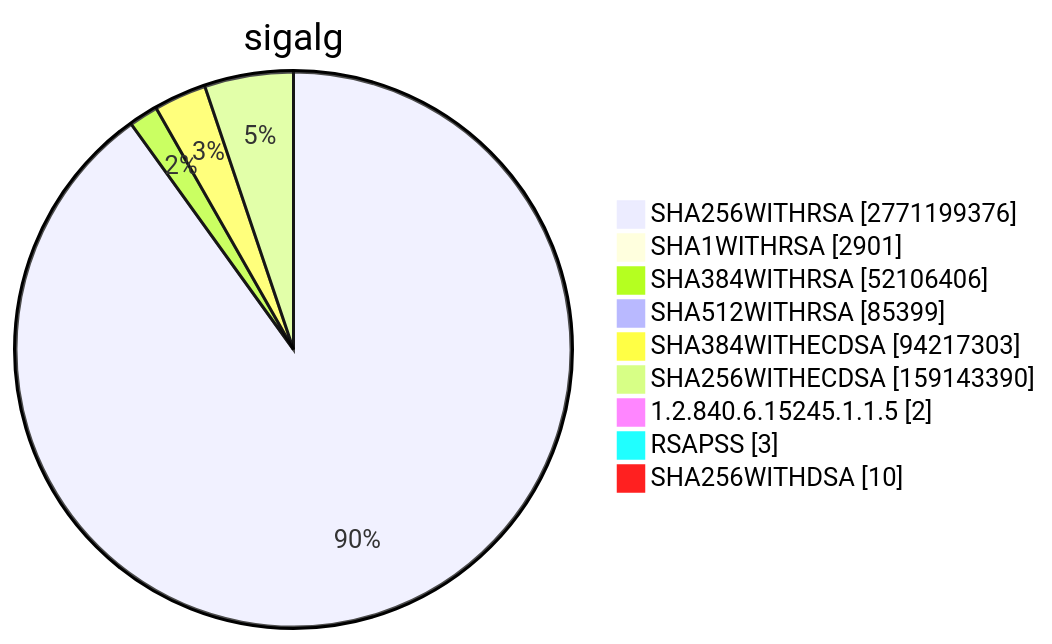
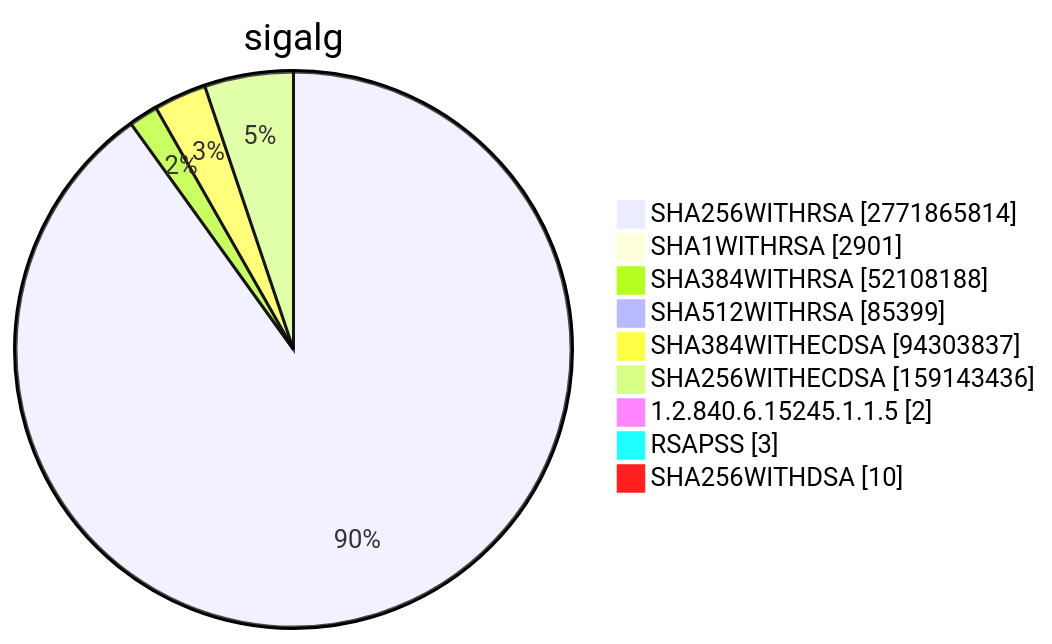
Diagram 15 of 15 in TOTAL/README.md (christiankrug/ctmonitor_visualization), drawn with Mermaid before and after one commit. The commit also changed other lines of this file, not shown here.

````diff
--- a/TOTAL/README.md
+++ b/TOTAL/README.md
@@ -6205,13 +6205,13 @@
 ```mermaid
 pie showData
 title sigalg
-"SHA256WITHRSA" :2771199376
+"SHA256WITHRSA" :2771865814
 "SHA1WITHRSA" :2901
-"SHA384WITHRSA" :52106406
+"SHA384WITHRSA" :52108188
 "SHA512WITHRSA" :85399
-"SHA384WITHECDSA" :94217303
-"SHA256WITHECDSA" :159143390
+"SHA384WITHECDSA" :94303837
+"SHA256WITHECDSA" :159143436
 "1.2.840.6.15245.1.1.5" :2
 "RSAPSS" :3
 "SHA256WITHDSA" :10
 ```
````
